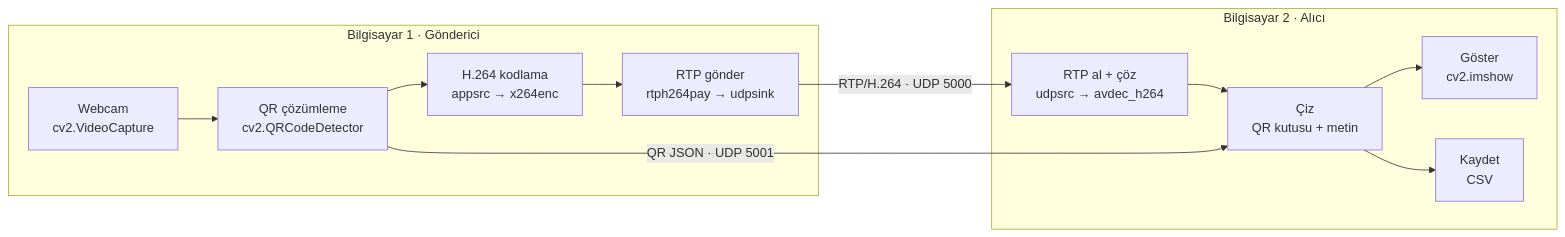
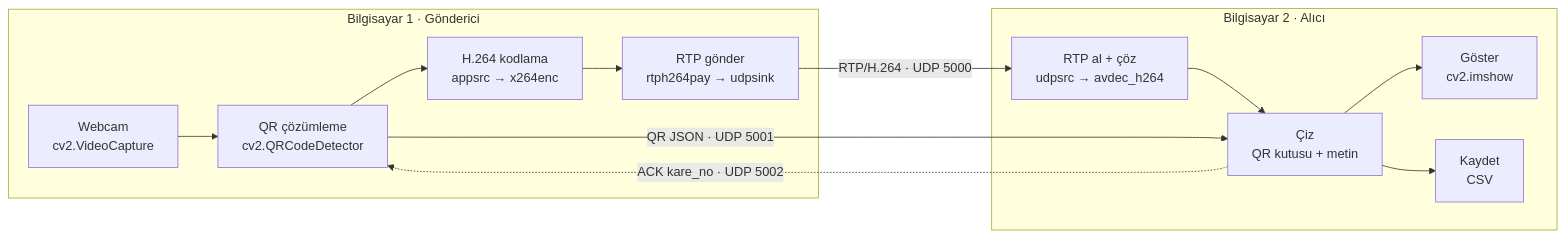
One commit to elifakkaya7/qr-canli-aktarim changed the diagram in README.md. Above: the diagram before and after it, drawn with Mermaid. The commit also changed other lines of this file, not shown here.

````diff
--- a/README.md
+++ b/README.md
@@ -9,15 +7,16 @@
 ```mermaid
 flowchart LR
     subgraph G["Bilgisayar 1 · Gönderici"]
         A["Webcam<br/>cv2.VideoCapture"] --> B["QR çözümleme<br/>cv2.QRCodeDetector"]
         B --> C["H.264 kodlama<br/>appsrc → x264enc"]
         C --> D["RTP gönder<br/>rtph264pay → udpsink"]
     end
     subgraph R["Bilgisayar 2 · Alıcı"]
         E["RTP al + çöz<br/>udpsrc → avdec_h264"] --> F["Çiz<br/>QR kutusu + metin"]
         F --> H["Göster<br/>cv2.imshow"]
         F --> K["Kaydet<br/>CSV"]
     end
     D -- "RTP/H.264 · UDP 5000" --> E
     B -- "QR JSON · UDP 5001" --> F
+    F -. "ACK kare_no · UDP 5002" .-> B
 ```
````
